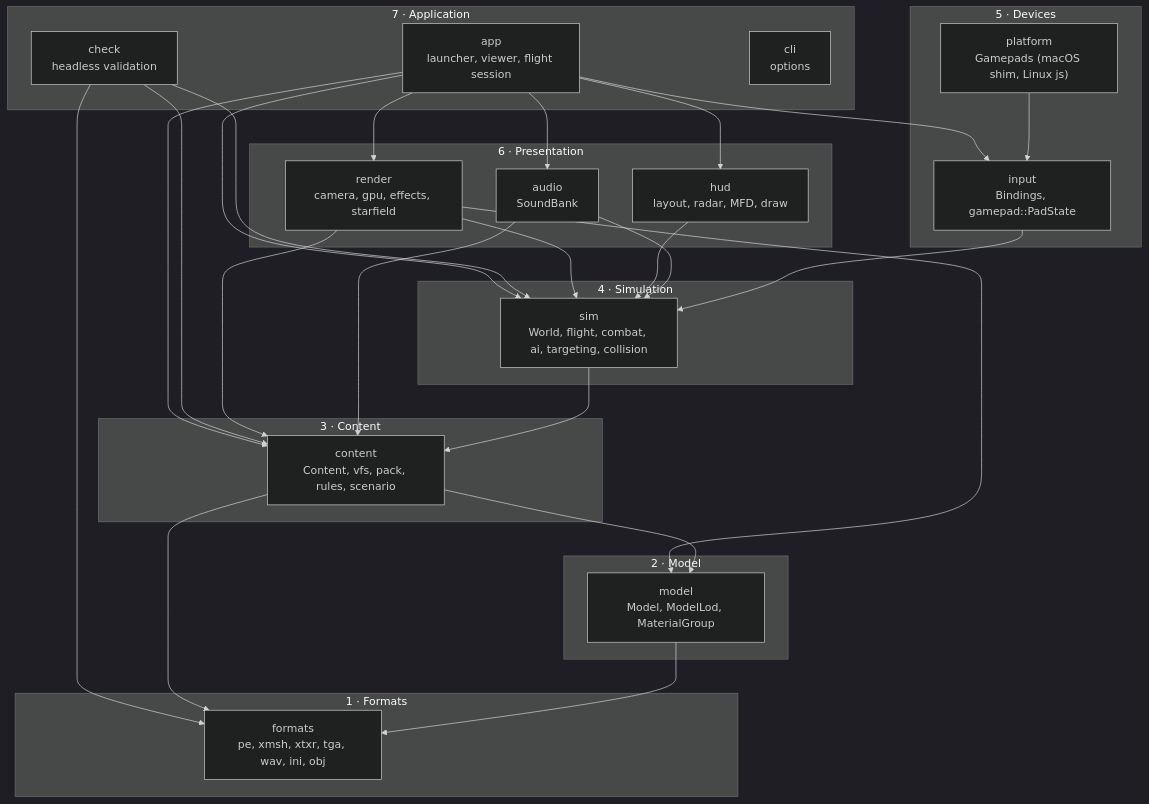
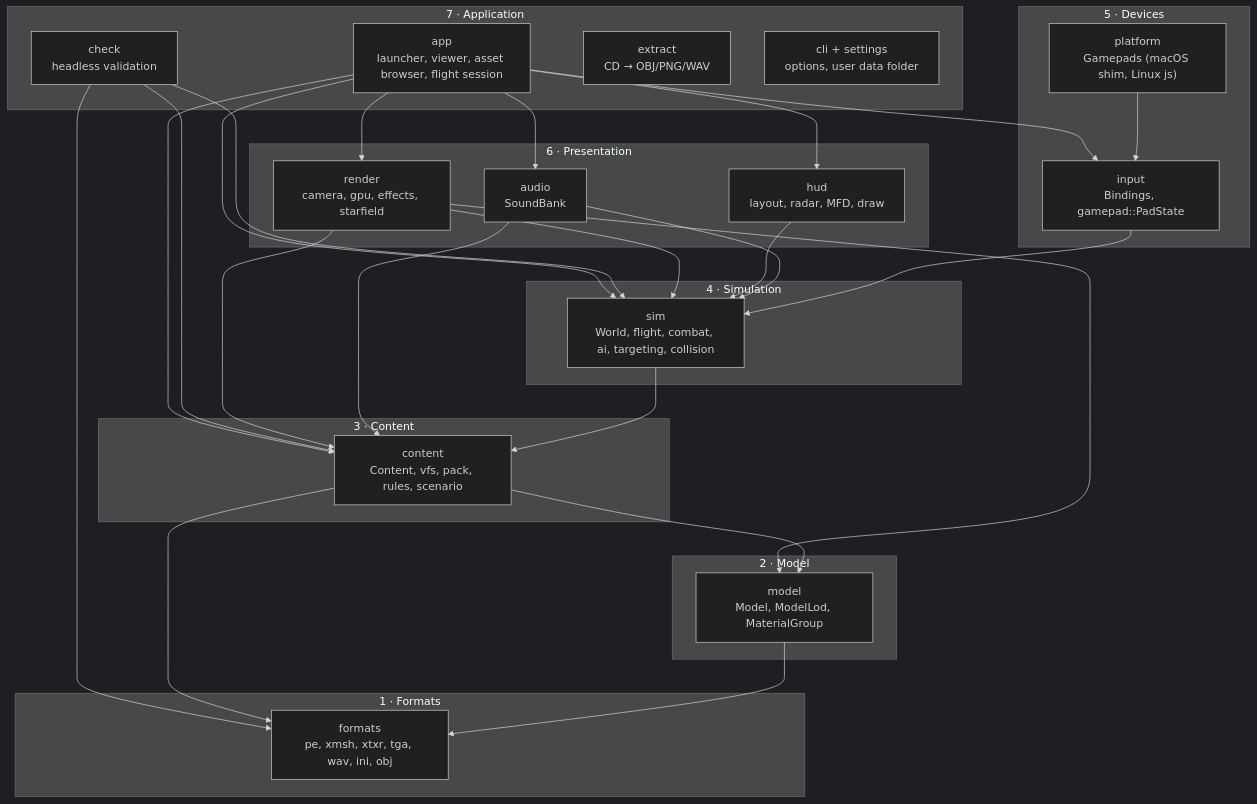
One commit to bbogovich/OpenInterceptor changed the first of 4 diagrams in docs/architecture/index.md. Above: the diagram before and after it, drawn with Mermaid (dark theme). The commit also changed other lines of this file and 28 other files, not shown here.

First line of the commit message:
Site 0.3.0: Stage 1 build 0.2.0 — newtonian flight, overrides, extractor, HD/3D cockpits, app bundle

````diff
--- a/docs/architecture/index.md
+++ b/docs/architecture/index.md
@@ -18,39 +20,40 @@
 ```mermaid
 flowchart TB
     subgraph L7["7 · Application"]
-        APP["app<br/>launcher, viewer, flight session"]
+        APP["app<br/>launcher, viewer, asset browser, flight session"]
         CK["check<br/>headless validation"]
-        CLI["cli<br/>options"]
+        EX["extract<br/>CD → OBJ/PNG/WAV"]
+        CLI["cli + settings<br/>options, user data folder"]
     end
     subgraph L6["6 · Presentation"]
         R["render<br/>camera, gpu, effects, starfield"]
         H["hud<br/>layout, radar, MFD, draw"]
         AU["audio<br/>SoundBank"]
     end
     subgraph L5["5 · Devices"]
         IN["input<br/>Bindings, gamepad::PadState"]
         PL["platform<br/>Gamepads (macOS shim, Linux js)"]
     end
     subgraph L4["4 · Simulation"]
         S["sim<br/>World, flight, combat, ai, targeting, collision"]
     end
     subgraph L3["3 · Content"]
         C["content<br/>Content, vfs, pack, rules, scenario"]
     end
     subgraph L2["2 · Model"]
         M["model<br/>Model, ModelLod, MaterialGroup"]
     end
     subgraph L1["1 · Formats"]
         F["formats<br/>pe, xmsh, xtxr, tga, wav, ini, obj"]
     end
     APP --> R & H & AU & IN & S & C
     CK --> S & C & F
     R --> S & C & M
     H --> S
     AU --> S & C
     IN --> S
     PL --> IN
     S --> C
     C --> M & F
     M --> F
 ```
````
